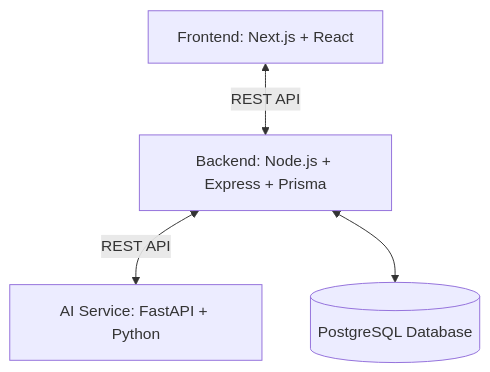
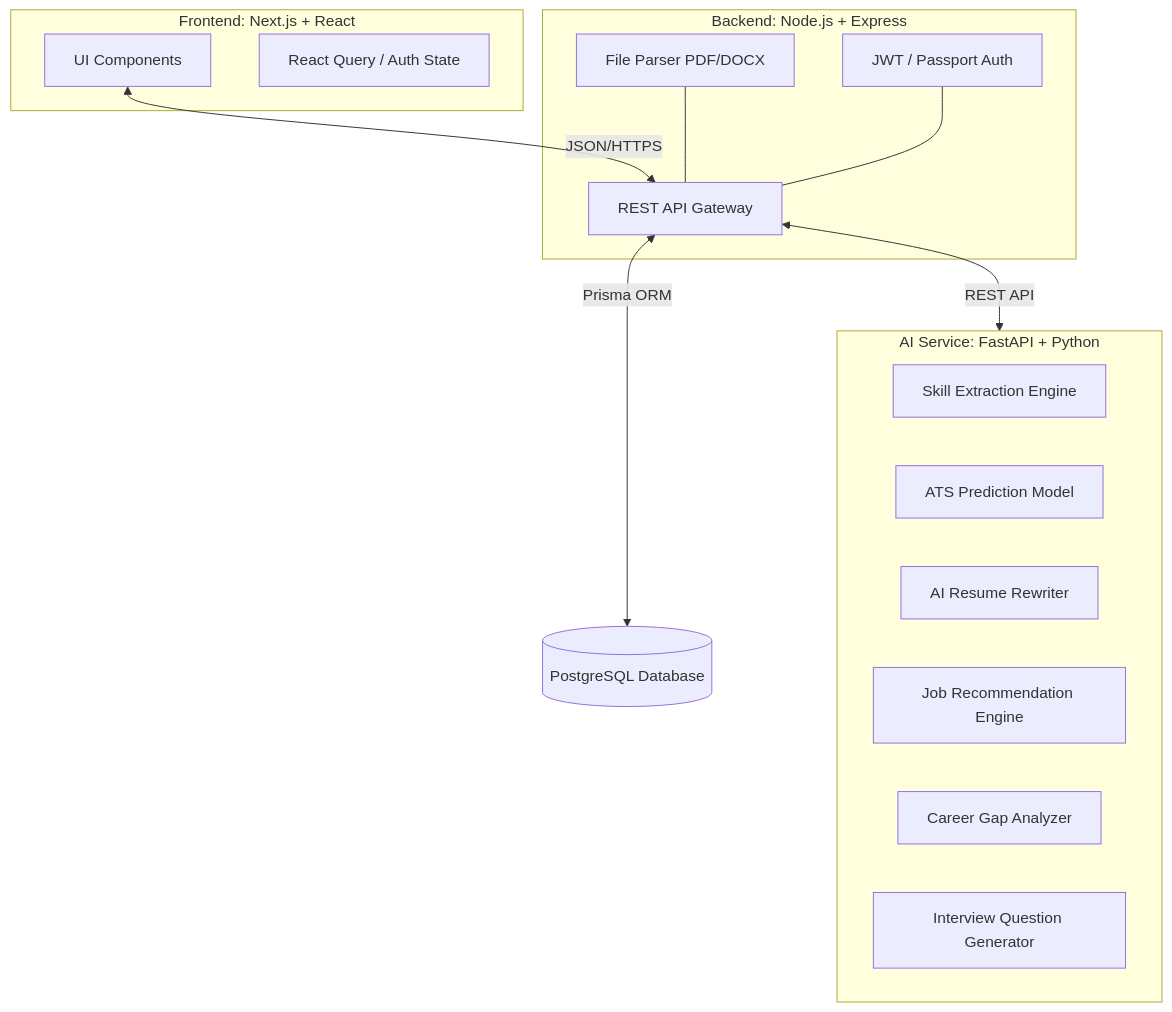
Before and after one commit to nilesh-r/jobsense: the diagram in README.md, drawn with Mermaid. The commit also changed other lines of this file, not shown here.

Commit message:
Final Update

````diff
--- a/README.md
+++ b/README.md
@@ -35,6 +43,30 @@
 ```mermaid
 graph TD;
-    Frontend[Frontend: Next.js + React] <-->|REST API| Backend[Backend: Node.js + Express + Prisma];
-    Backend <-->|REST API| AIService[AI Service: FastAPI + Python];
-    Backend <--> Database[(PostgreSQL Database)];
+    subgraph Client_Layer [Frontend: Next.js + React]
+        UI[UI Components]
+        State[React Query / Auth State]
+    end
+
+    subgraph Server_Layer [Backend: Node.js + Express]
+        API[REST API Gateway]
+        Parser[File Parser PDF/DOCX]
+        Auth[JWT / Passport Auth]
+    end
+
+    subgraph AI_Layer [AI Service: FastAPI + Python]
+        Extractor[Skill Extraction Engine]
+        Predictor[ATS Prediction Model]
+        Rewriter[AI Resume Rewriter]
+        Recommender[Job Recommendation Engine]
+        Analyzer[Career Gap Analyzer]
+        Generator[Interview Question Generator]
+    end
+
+    Database[(PostgreSQL Database)]
+
+    UI <-->|JSON/HTTPS| API
+    API <-->|REST API| AI_Layer
+    API <-->|Prisma ORM| Database
+    Parser --- API
+    Auth --- API
 ```
````
